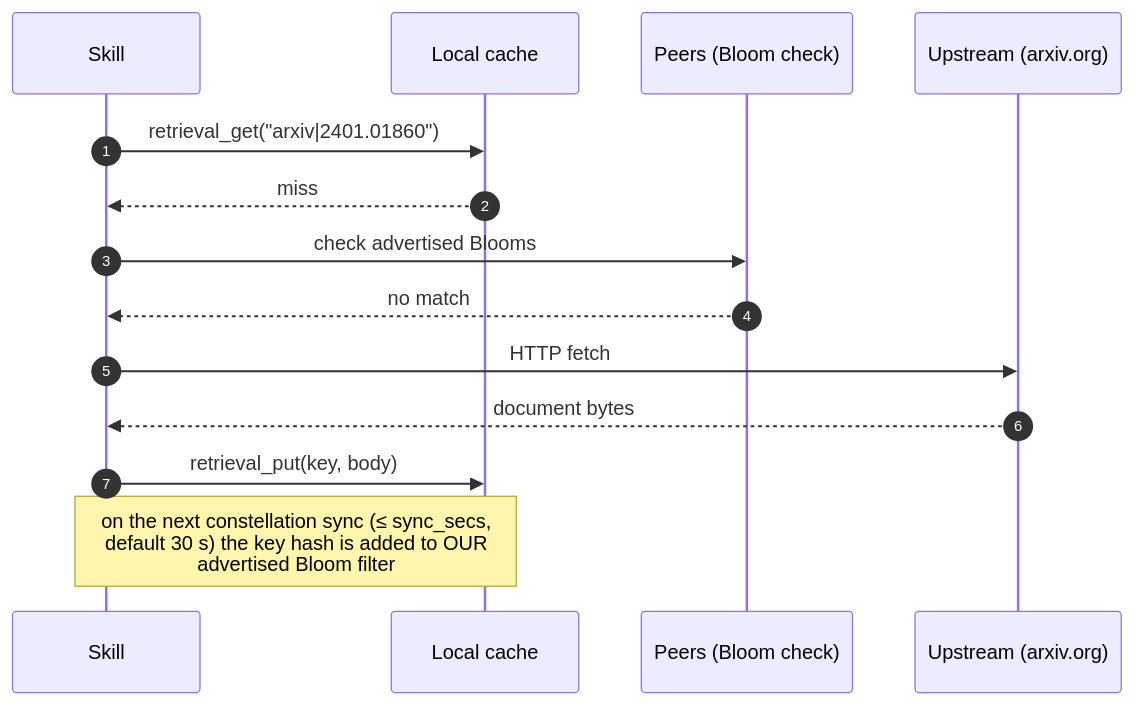
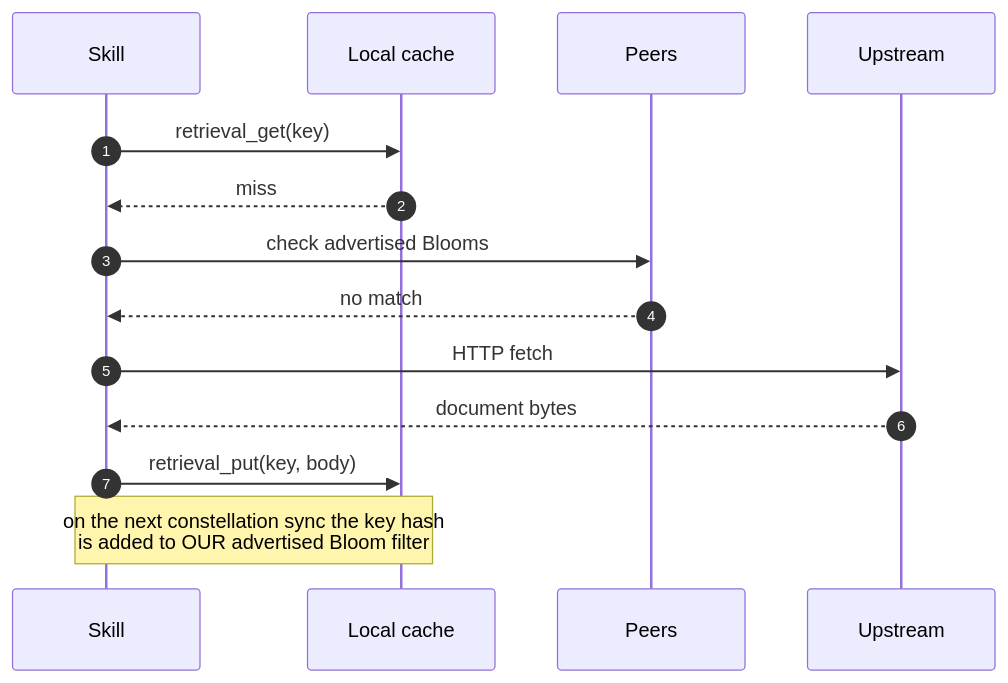
One commit to elyerinfox/lodestone-mcp changed the third of 10 diagrams in docs/constellation.md. Above: the diagram before and after it, drawn with Mermaid. The commit also changed other lines of this file, not shown here.

First line of the commit message:
constellation: scrub remaining Mermaid parse hazards in Path F/G

````diff
--- a/docs/constellation.md
+++ b/docs/constellation.md
@@ -217,16 +217,16 @@
 ```mermaid
 sequenceDiagram
     autonumber
     participant S as Skill
     participant L as Local cache
-    participant P as Peers (Bloom check)
-    participant U as Upstream (arxiv.org)
-    S->>L: retrieval_get("arxiv|2401.01860")
+    participant P as Peers
+    participant U as Upstream
+    S->>L: retrieval_get(key)
     L-->>S: miss
     S->>P: check advertised Blooms
     P-->>S: no match
     S->>U: HTTP fetch
     U-->>S: document bytes
     S->>L: retrieval_put(key, body)
-    Note over S,L: on the next constellation sync (≤ sync_secs,<br/>default 30 s) the key hash is added to OUR<br/>advertised Bloom filter
+    Note over S,L: on the next constellation sync the key hash<br/>is added to OUR advertised Bloom filter
 ```
````
